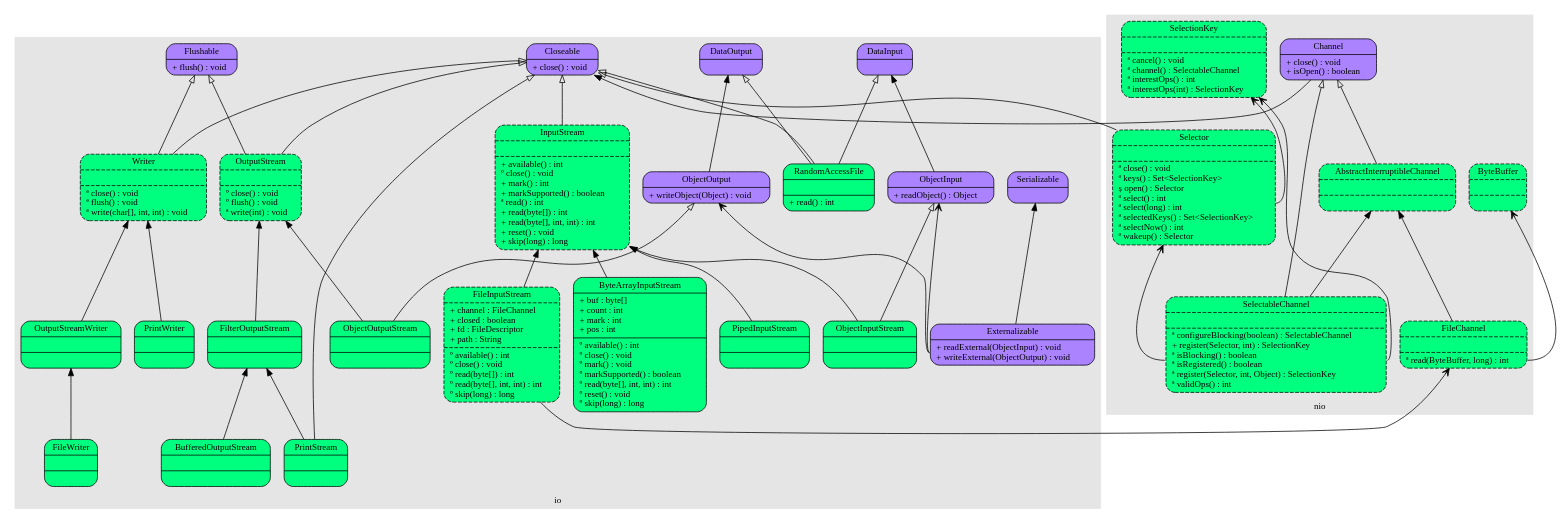
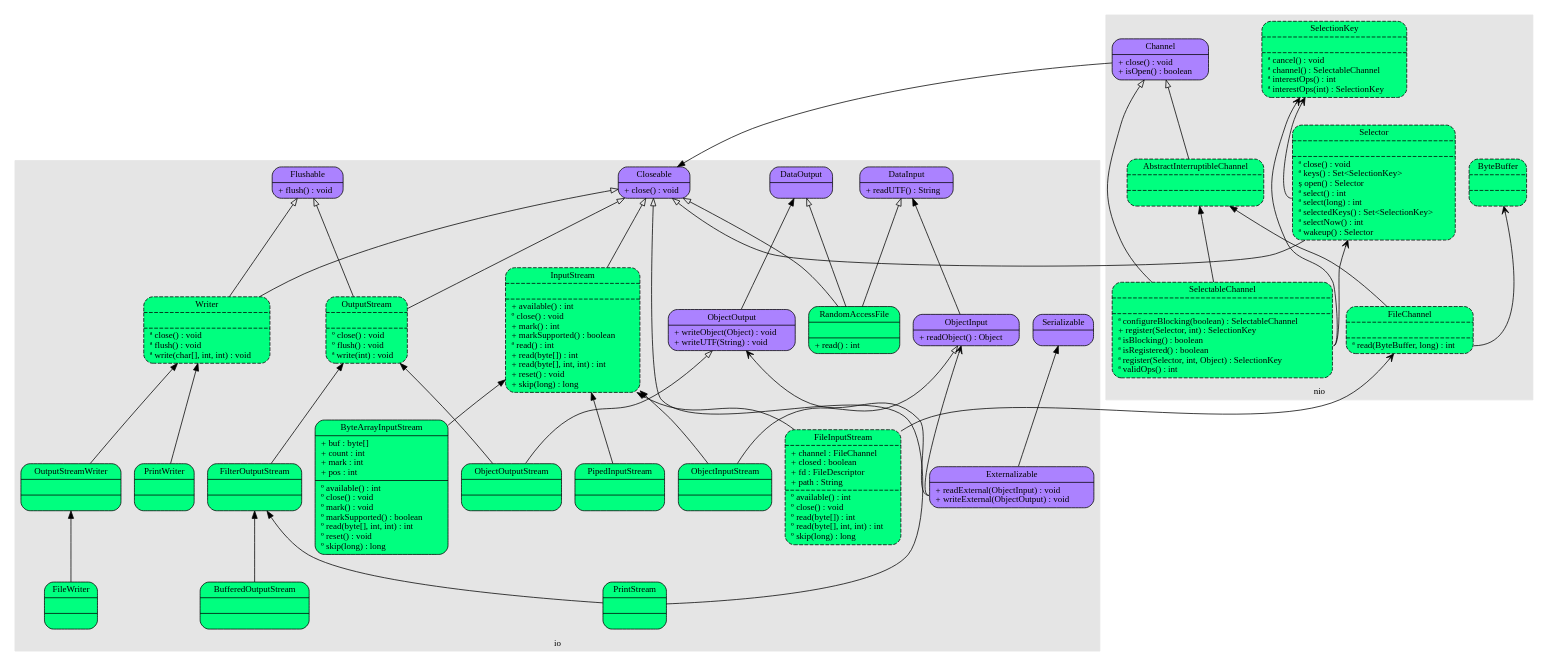
Before and after one commit to chris0103/spider-net: the diagram in Java/IO.dot, drawn with Graphviz.

```diff
--- a/Java/IO.dot
+++ b/Java/IO.dot
@@ -1,118 +1,119 @@
 digraph io {
 	rankdir = BT;
     fontname = "Verdana";
     fontsize = 12;
     node [fontname = "Verdana", fontsize = 12, shape = "record"];
     edge [fontname = "Verdana", fontsize = 12];
 	
 	subgraph cluster25 {
 		label = "io";
 		style = filled;
 		color = grey90;
 		BufferedOutputStream [label = "{<f0>BufferedOutputStream||}", style = "rounded, filled", fillcolor = "springgreen"];
 		ByteArrayInputStream [label = "{<f0>ByteArrayInputStream|<f1>+ buf : byte[]\l+ count : int\l+ mark : int\l+ pos : int\l|<f2>&#186; available() : int\l&#186; close() : void\l&#186; mark() : void\l&#186; markSupported() : boolean\l&#186; read(byte[], int, int) : int\l&#186; reset() : void\l&#186; skip(long) : long\l}", style = "rounded, filled", fillcolor = "springgreen"];
 		Closeable [label = "{<f0>Closeable|<f2>+ close() : void\l}", style = "rounded, filled", fillcolor = "mediumpurple1"];
-		DataInput [label = "{<f0>DataInput|<f2>}", style = "rounded, filled", fillcolor = "mediumpurple1"];
+		DataInput [label = "{<f0>DataInput|<f2>+ readUTF() : String\l}", style = "rounded, filled", fillcolor = "mediumpurple1"];
 		DataOutput [label = "{<f0>DataOutput|<f2>}", style = "rounded, filled", fillcolor = "mediumpurple1"];
 		Externalizable [label = "{<f0>Externalizable|<f2>+ readExternal(ObjectInput) : void\l+ writeExternal(ObjectOutput) : void\l}", style = "rounded, filled", fillcolor = "mediumpurple1"];
 		FileInputStream [label = "{<f0>FileInputStream|<f1>+ channel : FileChannel\l+ closed : boolean\l+ fd : FileDescriptor\l+ path : String\l|<f2>&#186; available() : int\l&#186; close() : void\l&#186; read(byte[]) : int\l&#186; read(byte[], int, int) : int\l&#186; skip(long) : long\l}", style = "rounded, filled, dashed", fillcolor = "springgreen"];
 		FilterOutputStream [label = "{<f0>FilterOutputStream||}", style = "rounded, filled", fillcolor = "springgreen"];
 		FileWriter [label = "{<f0>FileWriter||}", style = "rounded, filled", fillcolor = "springgreen"];
 		Flushable [label = "{<f0>Flushable|<f2>+ flush() : void\l}", style = "rounded, filled", fillcolor = "mediumpurple1"];
 		InputStream [label = "{<f0>InputStream||<f2>+ available() : int\l&#186; close() : void\l+ mark() : int\l+ markSupported() : boolean\l&#170; read() : int\l+ read(byte[]) : int\l+ read(byte[], int, int) : int\l+ reset() : void\l+ skip(long) : long\l}", style = "rounded, filled, dashed", fillcolor = "springgreen"];
 		ObjectInput [label = "{<f0>ObjectInput|<f2>+ readObject() : Object\l}", style = "rounded, filled", fillcolor = "mediumpurple1"];
 		ObjectInputStream [label = "{<f0>ObjectInputStream|<f1>|<f2>}", style = "rounded, filled", fillcolor = "springgreen"];
-		ObjectOutput [label = "{<f0>ObjectOutput|<f2>+ writeObject(Object) : void\l}", style = "rounded, filled", fillcolor = "mediumpurple1"];
+		ObjectOutput [label = "{<f0>ObjectOutput|<f2>+ writeObject(Object) : void\l+ writeUTF(String) : void\l}", style = "rounded, filled", fillcolor = "mediumpurple1"];
 		ObjectOutputStream [label = "{<f0>ObjectOutputStream|<f1>|<f2>}", style = "rounded, filled", fillcolor = "springgreen"];
 		OutputStream [label = "{<f0>OutputStream||<f2>&#186; close() : void\l&#186; flush() : void\l&#170; write(int) : void\l}", style = "rounded, filled, dashed", fillcolor = "springgreen"];
 		OutputStreamWriter [label = "{<f0>OutputStreamWriter||}", style = "rounded, filled", fillcolor = "springgreen"];
 		PipedInputStream [label = "{<f0>PipedInputStream||}", style = "rounded, filled", fillcolor = "springgreen"];
 		PrintStream [label = "{<f0>PrintStream||}", style = "rounded, filled", fillcolor = "springgreen"];
 		PrintWriter [label = "{<f0>PrintWriter||}", style = "rounded, filled", fillcolor = "springgreen"];
 		RandomAccessFile [label = "{<f0>RandomAccessFile|<f1>|<f2>+ read() : int\l}", style = "rounded, filled", fillcolor = "springgreen"];
 		Serializable [label = "{<f0>Serializable|}", style = "rounded, filled", fillcolor = "mediumpurple1"];
 		Writer [label = "{<f0>Writer||<f2>&#170; close() : void\l&#170; flush() : void\l&#170; write(char[], int, int) : void\l}", style = "rounded, filled, dashed", fillcolor = "springgreen"];
 	}
 	
 	subgraph cluster75 {
 		label = "nio";
 		style = filled;
 		color = grey90;
 		AbstractInterruptibleChannel [label = "{<f0>AbstractInterruptibleChannel|<f1>|<f2>}", style = "rounded, filled, dashed", fillcolor = "springgreen"];
 		ByteBuffer [label = "{<f0>ByteBuffer|<f1>|<f2>}", style = "rounded, filled, dashed", fillcolor = "springgreen"];
 		Channel [label = "{<f0>Channel|<f2>+ close() : void\l+ isOpen() : boolean\l}", style = "rounded, filled", fillcolor = "mediumpurple1"];
 		FileChannel [label = "{<f0>FileChannel|<f1>|<f2>&#170; read(ByteBuffer, long) : int\l}", style = "rounded, filled, dashed", fillcolor = "springgreen"];
 		SelectableChannel [label = "{<f0>SelectableChannel|<f1>|<f2>&#170; configureBlocking(boolean) : SelectableChannel\l+ register(Selector, int) : SelectionKey\l&#170; isBlocking() : boolean\l&#170; isRegistered() : boolean\l&#170; register(Selector, int, Object) : SelectionKey\l&#170; validOps() : int\l}", style = "rounded, filled, dashed", fillcolor = "springgreen"];
 		SelectionKey [label = "{<f0>SelectionKey|<f1>|<f2>&#170; cancel() : void\l&#170; channel() : SelectableChannel\l&#170; interestOps() : int\l&#170; interestOps(int) : SelectionKey\l}", style = "rounded, filled, dashed", fillcolor = "springgreen"];
 		Selector [label = "{<f0>Selector|<f1>|<f2>&#170; close() : void\l&#170; keys() : Set&lt;SelectionKey&gt;\l&#537; open() : Selector\l&#170; select() : int\l&#170; select(long) : int\l&#170; selectedKeys() : Set&lt;SelectionKey&gt;\l&#170; selectNow() : int\l&#170; wakeup() : Selector\l}", style = "rounded, filled, dashed", fillcolor = "springgreen"];
 	}
 	
 	
 	// interface_minor [shape = "plaintext", label = "Interface_minor"];
 	// interface [label = "{<f0>Interface|<f2>+ method() : return_type\l}", style = "rounded, filled", fillcolor = "mediumpurple1"];
 	// abstract_class [label = "{<f0>Abstract_Class|<f1>+ field1 : type\l+ filed2 : type\l|<f2>&#170; abstract_method() : return_type\l&#537; static_method() : return_type\l+ method() : return_type\l}", style = "rounded, filled, dashed", fillcolor = "springgreen"];
 	// class [label = "{<f0>Class|<f1>+ field1 : type\l+ filed2 : type\l|<f2>+ method() : return_type\l&#537; static_method() : return_type\l&#186; overriden_method() : return_type\l}", style = "rounded, filled", fillcolor = "springgreen"];
 	
 	/*
 	subgraph cluster {
 		label = "";
 		style = filled;
 		color = grey90;
 	}
 	*/
 
 	// input stream
 	InputStream -> Closeable [arrowhead = "empty"];
 	ByteArrayInputStream -> InputStream;
 	FileInputStream -> InputStream;
 	FileInputStream -> FileChannel [arrowhead = "vee"];
 	PipedInputStream -> InputStream;
 	
 	BufferedOutputStream -> FilterOutputStream;
 	FilterOutputStream -> OutputStream;
 	OutputStream -> Closeable [arrowhead = "empty"];
 	OutputStream -> Flushable [arrowhead = "empty"];
 	FileWriter -> OutputStreamWriter;
 	OutputStreamWriter -> Writer;
 	Writer -> Closeable [arrowhead = "empty"];
 	Writer -> Flushable [arrowhead = "empty"];
 	PrintStream -> FilterOutputStream;
 	PrintStream -> Closeable [arrowhead = "empty"];
 	PrintWriter -> Writer;
 	
 	// serialization
 	Externalizable -> Serializable;
 	Externalizable:f2 -> ObjectInput [arrowhead = "vee"];
 	ObjectInput -> DataInput;
 	Externalizable:f2 -> ObjectOutput [arrowhead = "vee"];
 	ObjectOutput -> DataOutput;
 	ObjectInputStream -> InputStream;
 	ObjectInputStream -> ObjectInput [arrowhead = "empty"];
 	ObjectOutputStream -> OutputStream;
 	ObjectOutputStream -> ObjectOutput [arrowhead = "empty"];
 	
 	RandomAccessFile -> DataInput [arrowhead = "empty"];
 	RandomAccessFile -> DataOutput [arrowhead = "empty"];
 	RandomAccessFile -> Closeable [arrowhead = "empty"];
 	
-	Channel -> Closeable;
+	// Channel -> Closeable;
+	Closeable -> Channel [dir = "back"];
 	AbstractInterruptibleChannel -> Channel [arrowhead = "empty"];
 	SelectableChannel -> AbstractInterruptibleChannel;
 	SelectableChannel -> Channel [arrowhead = "empty"];
 	SelectableChannel:f2 -> SelectionKey [arrowhead = "vee"];
 	SelectableChannel:f2 -> Selector [arrowhead = "vee"];
 	Selector -> Closeable [arrowhead = "empty"];
 	Selector:f2 -> SelectionKey [arrowhead = "vee"];
 	
 	
 	FileChannel -> AbstractInterruptibleChannel;
 	FileChannel:f2 -> ByteBuffer [arrowhead = "vee"];
 	
 	// Implementation -> Interface [arrowhead = "empty"];
 	// Subclass -> Class;	
 	// Referer -> Referee [arrowhead = "vee"];
 	// Implementation -> InterfaceMinor [arrowhead = "odot"];
 	
 	
 	// current is current_progress_item
 }
```
